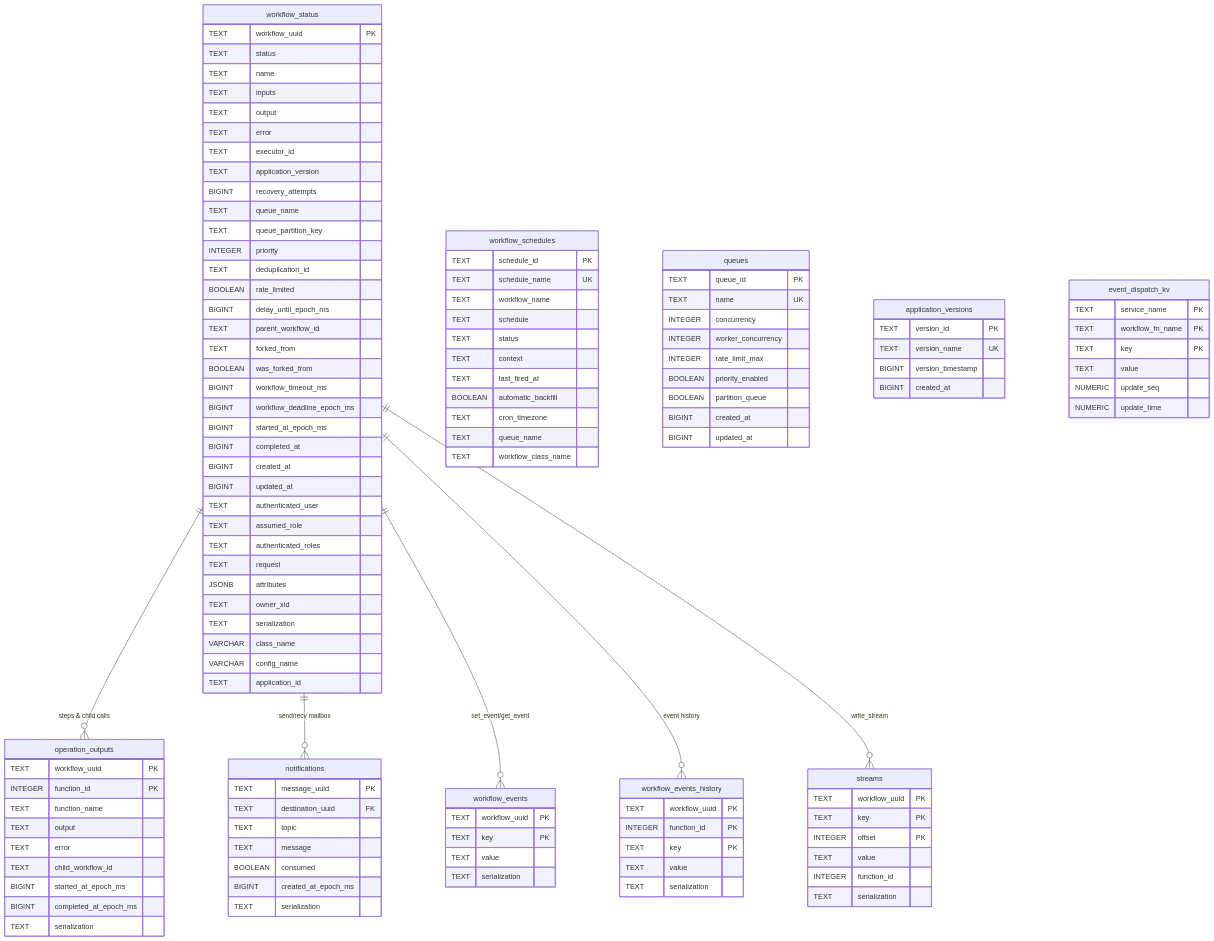
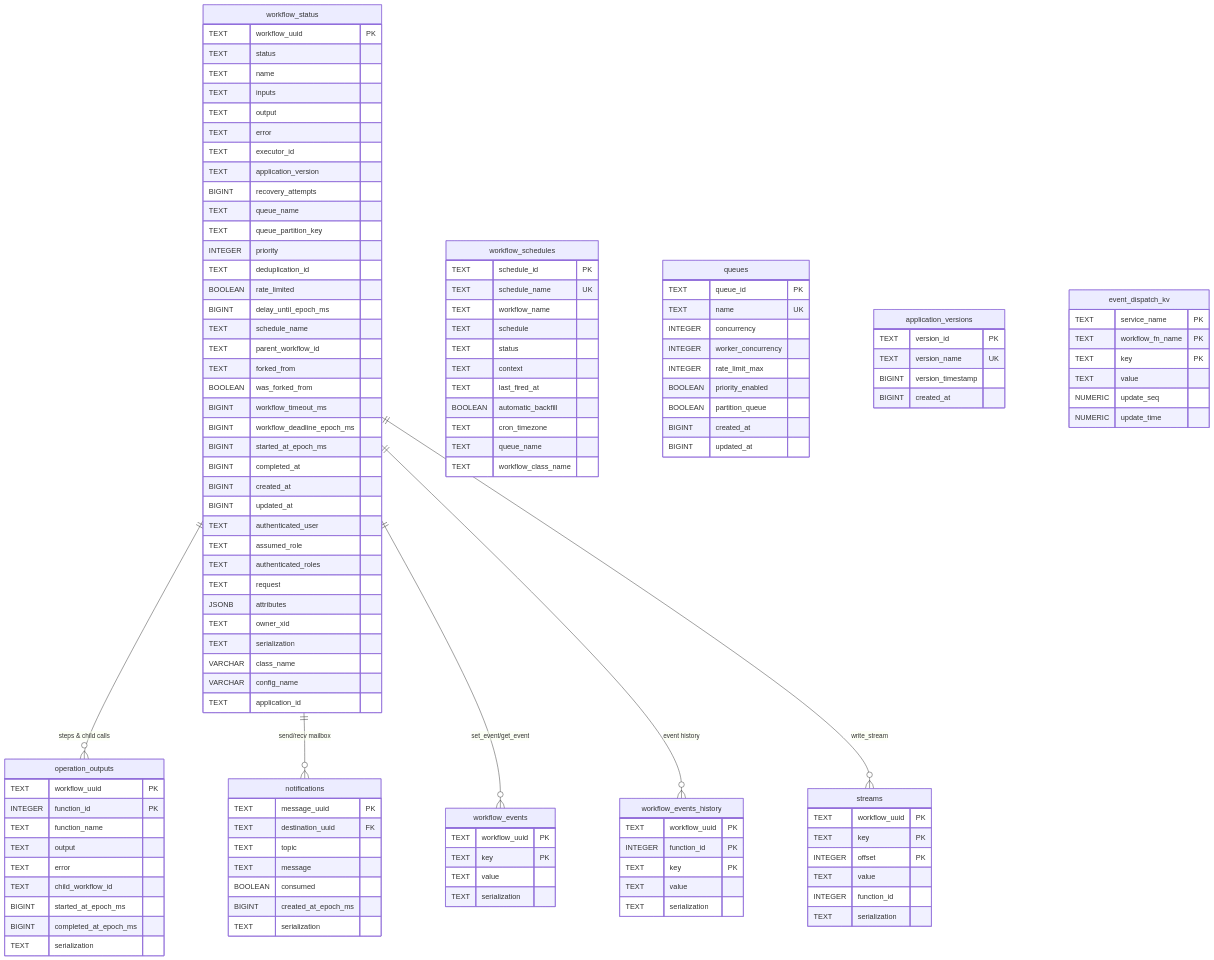
One commit to SamuelXing/durare changed the diagram in docs/schema.md. Above: the diagram before and after it, drawn with Mermaid. The commit also changed other lines of this file and 14 other files, not shown here.

First line of the commit message:
feat(schema): record the schedule that created a run (#264)

```diff
--- a/docs/schema.md
+++ b/docs/schema.md
@@ -59,6 +59,7 @@
         TEXT    deduplication_id
         BOOLEAN rate_limited
         BIGINT  delay_until_epoch_ms
+        TEXT    schedule_name
         TEXT    parent_workflow_id
         TEXT    forked_from
         BOOLEAN was_forked_from
```
